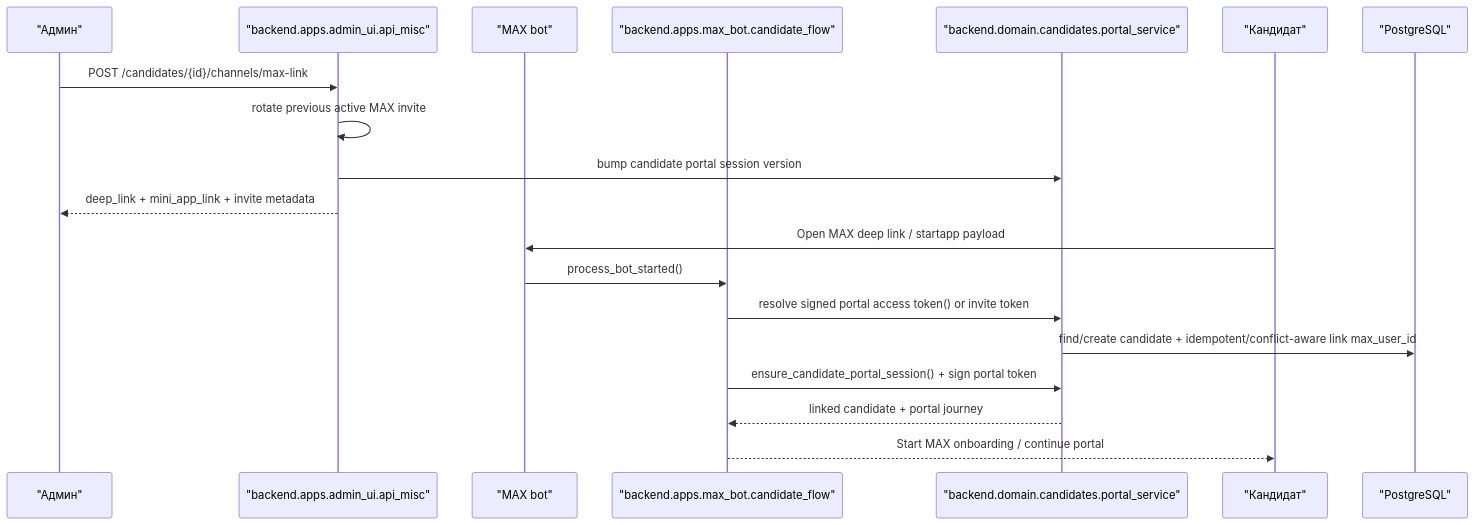
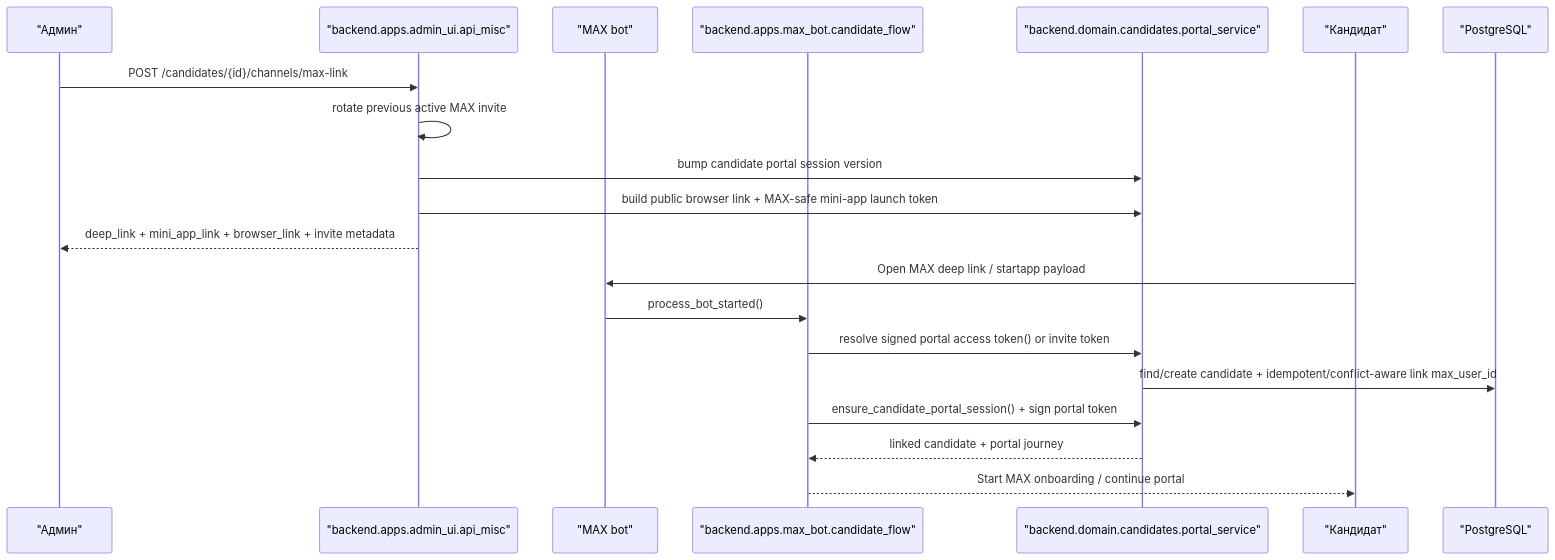
Before and after one commit to padka/HR: the seventh of 12 diagrams in docs/architecture/core-workflows.md, drawn with Mermaid. The commit also changed other lines of this file and 28 other files, not shown here.

````diff
--- a/docs/architecture/core-workflows.md
+++ b/docs/architecture/core-workflows.md
@@ -183,22 +185,23 @@
 ```mermaid
 sequenceDiagram
     participant A as "Админ"
     participant UI as "backend.apps.admin_ui.api_misc"
     participant M as "MAX bot"
     participant FLOW as "backend.apps.max_bot.candidate_flow"
     participant DOM as "backend.domain.candidates.portal_service"
     participant C as "Кандидат"
     participant DB as "PostgreSQL"
 
     A->>UI: POST /candidates/{id}/channels/max-link
     UI->>UI: rotate previous active MAX invite
     UI->>DOM: bump candidate portal session version
-    UI-->>A: deep_link + mini_app_link + invite metadata
+    UI->>DOM: build public browser link + MAX-safe mini-app launch token
+    UI-->>A: deep_link + mini_app_link + browser_link + invite metadata
     C->>M: Open MAX deep link / startapp payload
     M->>FLOW: process_bot_started()
     FLOW->>DOM: resolve signed portal access token() or invite token
     DOM->>DB: find/create candidate + idempotent/conflict-aware link max_user_id
     FLOW->>DOM: ensure_candidate_portal_session() + sign portal token
     DOM-->>FLOW: linked candidate + portal journey
     FLOW-->>C: Start MAX onboarding / continue portal
 ```
````
